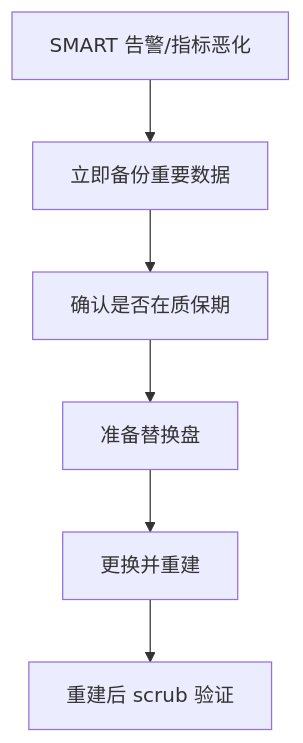
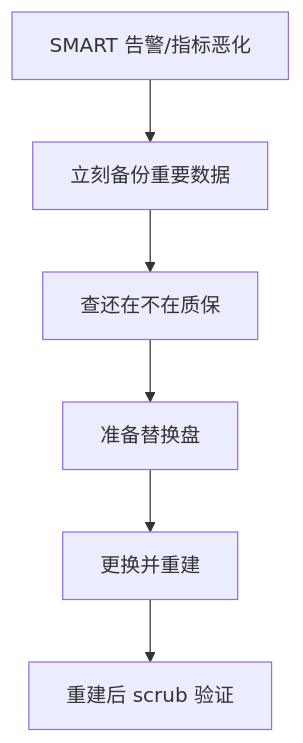
Before and after one commit to cv-superding/nas-guide: the diagram in docs/05-存储与数据保护/5.5-硬盘健康监控.md, drawn with Mermaid. The commit also changed other lines of this file and 2 other files, not shown here.

````diff
--- a/docs/05-存储与数据保护/5.5-硬盘健康监控.md
+++ b/docs/05-存储与数据保护/5.5-硬盘健康监控.md
@@ -100,8 +77,8 @@
 ```mermaid
 flowchart TD
-    A[SMART 告警/指标恶化] --> B[立即备份重要数据]
-    B --> C[确认是否在质保期]
+    A[SMART 告警/指标恶化] --> B[立刻备份重要数据]
+    B --> C[查还在不在质保]
     C --> D[准备替换盘]
     D --> E[更换并重建]
     E --> F[重建后 scrub 验证]
 ```
````
